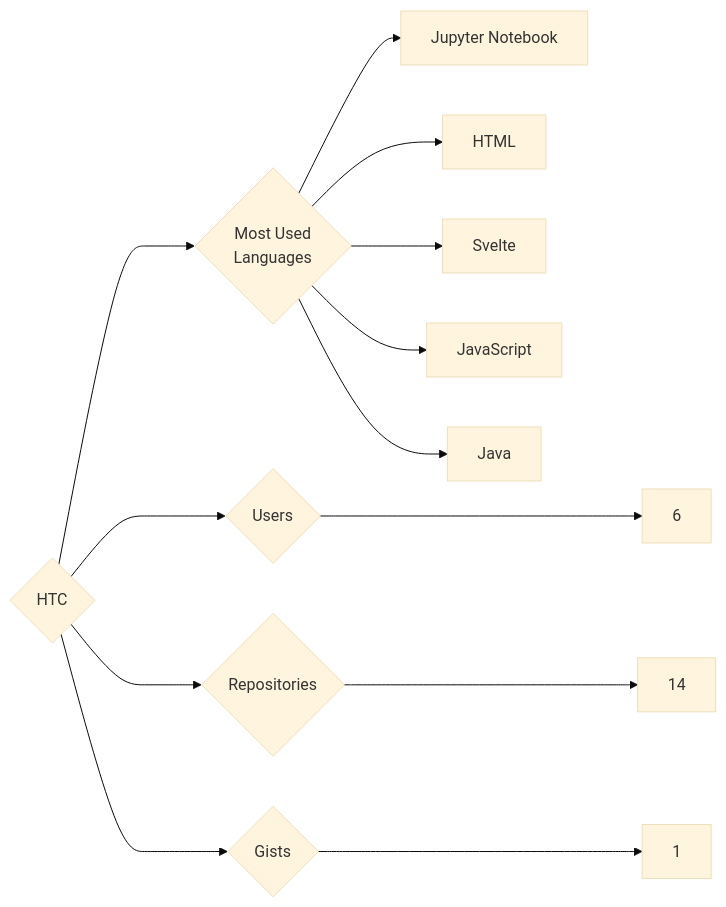
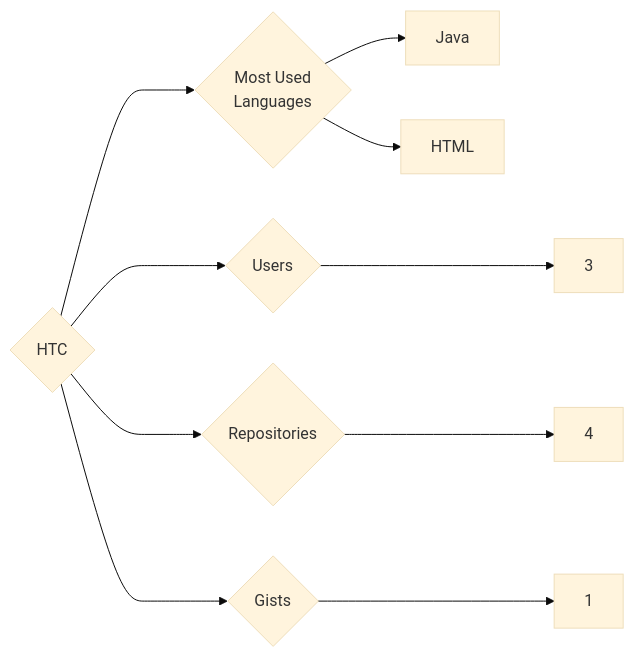
The diagram in targets/HTC/README.md (trickest/insiders), drawn with Mermaid (base theme) before and after one commit. The commit also changed 776 other files, not shown here.

````diff
--- a/targets/HTC/README.md
+++ b/targets/HTC/README.md
@@ -3,13 +3,10 @@
 ```mermaid
 graph LR
 COMPANY_NAME{HTC}
-COMPANY_NAME ---> U{Users} ---> UN[6]
-COMPANY_NAME ---> R{Repositories} ---> RN[14]
+COMPANY_NAME ---> U{Users} ---> UN[3]
+COMPANY_NAME ---> R{Repositories} ---> RN[4]
 COMPANY_NAME ---> G{Gists} ---> GN[1]
 COMPANY_NAME ---> ML{Most Used<br>Languages}
-ML --> Jupyter_Notebook[Jupyter Notebook]
+ML --> Java[Java]
 ML --> HTML[HTML]
-ML --> Svelte[Svelte]
-ML --> JavaScript[JavaScript]
-ML --> Java[Java]
 ```
````
